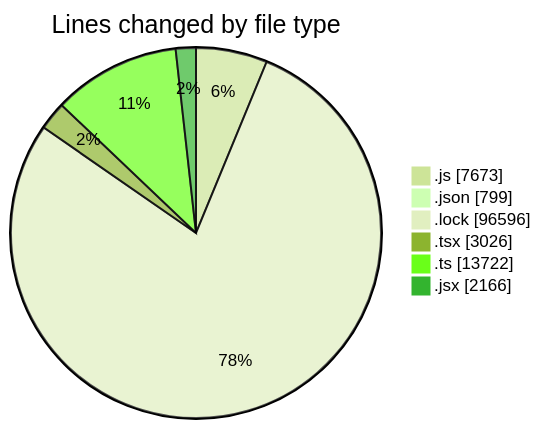
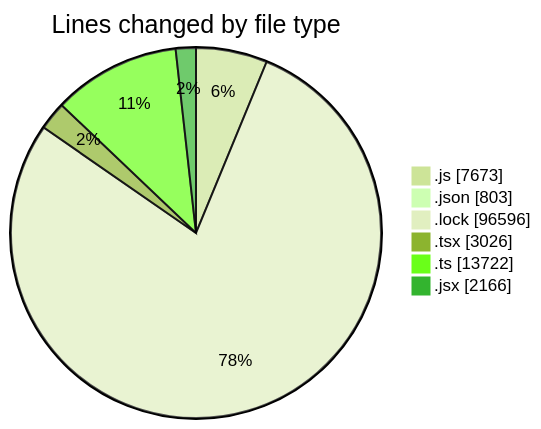
One commit to momahboobian/code-tracking changed the first of 2 diagrams in 2025-12-18/cda/README.md. Above: the diagram before and after it, drawn with Mermaid (forest theme). The commit also changed other lines of this file and 1 other file, not shown here.

````diff
--- a/2025-12-18/cda/README.md
+++ b/2025-12-18/cda/README.md
@@ -102,10 +102,10 @@
 ```mermaid
 pie showData
 title Lines changed by file type
 ".js" : 7673
-".json" : 799
+".json" : 803
 ".lock" : 96596
 ".tsx" : 3026
 ".ts" : 13722
 ".jsx" : 2166
 ```
````
